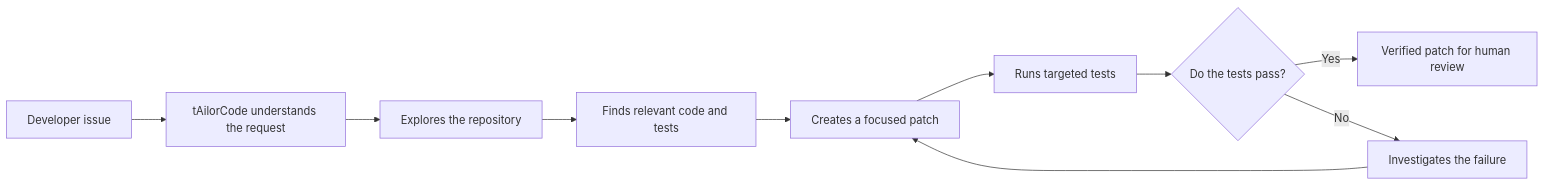
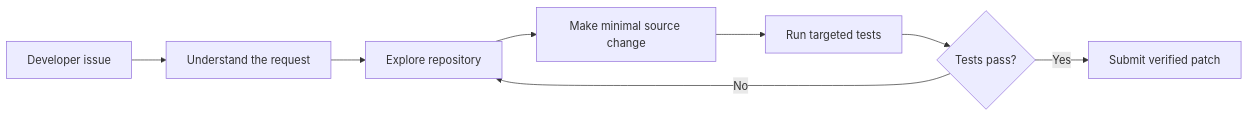
Before and after one commit to AraceliFradejas/tailorcode-gemma-developer-agent: the diagram in README.md, drawn with Mermaid. The commit also changed other lines of this file, not shown here.

````diff
--- a/README.md
+++ b/README.md
@@ -15,12 +9,10 @@
 ```mermaid
 flowchart LR
-    A[Developer issue] --> B[tAilorCode understands the request]
-    B --> C[Explores the repository]
-    C --> D[Finds relevant code and tests]
-    D --> E[Creates a focused patch]
-    E --> F[Runs targeted tests]
-    F --> G{Do the tests pass?}
-    G -->|Yes| H[Verified patch for human review]
-    G -->|No| I[Investigates the failure]
-    I --> E
+	A[Developer issue] --> B[Understand the request]
+	B --> C[Explore repository]
+	C --> D[Make minimal source change]
+	D --> E[Run targeted tests]
+	E --> F{Tests pass?}
+	F -->|Yes| G[Submit verified patch]
+	F -->|No| C
 ```
````
